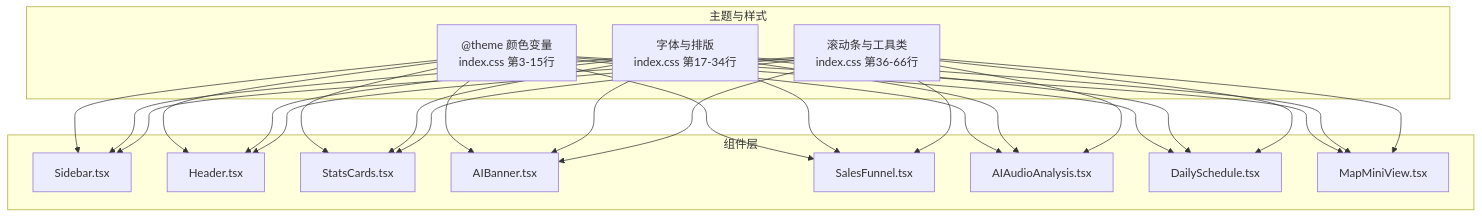
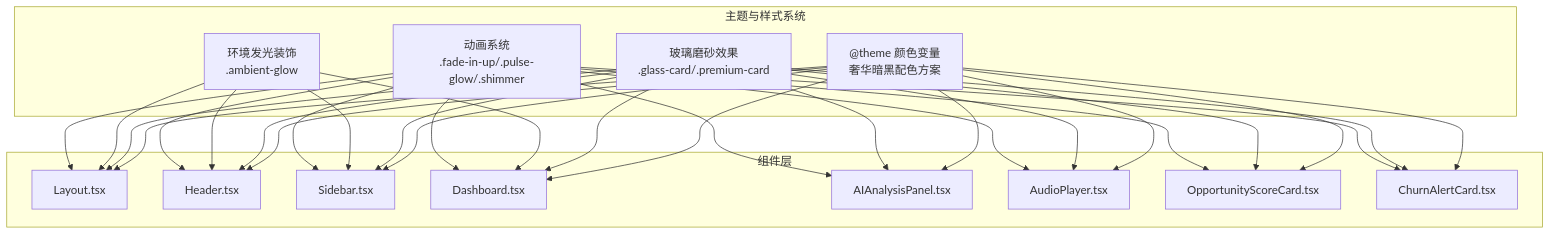
One commit to xianjianshenqu/SalesFlow-CRM changed the second of 4 diagrams in .qoder/repowiki/zh/content/UI_UX设计/UI_UX设计.md. Above: the diagram before and after it, drawn with Mermaid. The commit also changed other lines of this file and 9 other files, not shown here.

````diff
--- a/.qoder/repowiki/zh/content/UI_UX设计/UI_UX设计.md
+++ b/.qoder/repowiki/zh/content/UI_UX设计/UI_UX设计.md
@@ -106,42 +116,47 @@
 ```mermaid
 graph TB
-subgraph "主题与样式"
-T1["@theme 颜色变量<br/>index.css 第3-15行"]
-T2["字体与排版<br/>index.css 第17-34行"]
-T3["滚动条与工具类<br/>index.css 第36-66行"]
+subgraph "主题与样式系统"
+T1["@theme 颜色变量<br/>奢华暗黑配色方案"]
+T2["玻璃磨砂效果<br/>.glass-card/.premium-card"]
+T3["环境发光装饰<br/>.ambient-glow"]
+T4["动画系统<br/>.fade-in-up/.pulse-glow/.shimmer"]
 end
 subgraph "组件层"
-C1["Sidebar.tsx"]
+C1["Layout.tsx"]
 C2["Header.tsx"]
-C3["StatsCards.tsx"]
-C4["AIBanner.tsx"]
-C5["SalesFunnel.tsx"]
-C6["AIAudioAnalysis.tsx"]
-C7["DailySchedule.tsx"]
-C8["MapMiniView.tsx"]
+C3["Sidebar.tsx"]
+C4["Dashboard.tsx"]
+C5["AIAnalysisPanel.tsx"]
+C6["AudioPlayer.tsx"]
+C7["OpportunityScoreCard.tsx"]
+C8["ChurnAlertCard.tsx"]
 end
 T1 --> C1
 T1 --> C2
 T1 --> C3
 T1 --> C4
 T1 --> C5
 T1 --> C6
 T1 --> C7
 T1 --> C8
 T2 --> C1
 T2 --> C2
 T2 --> C3
 T2 --> C4
 T2 --> C5
 T2 --> C6
 T2 --> C7
 T2 --> C8
 T3 --> C1
 T3 --> C2
 T3 --> C3
 T3 --> C4
-T3 --> C5
-T3 --> C6
-T3 --> C7
-T3 --> C8
+T4 --> C1
+T4 --> C2
+T4 --> C3
+T4 --> C4
+T4 --> C5
+T4 --> C6
+T4 --> C7
+T4 --> C8
 ```
````
